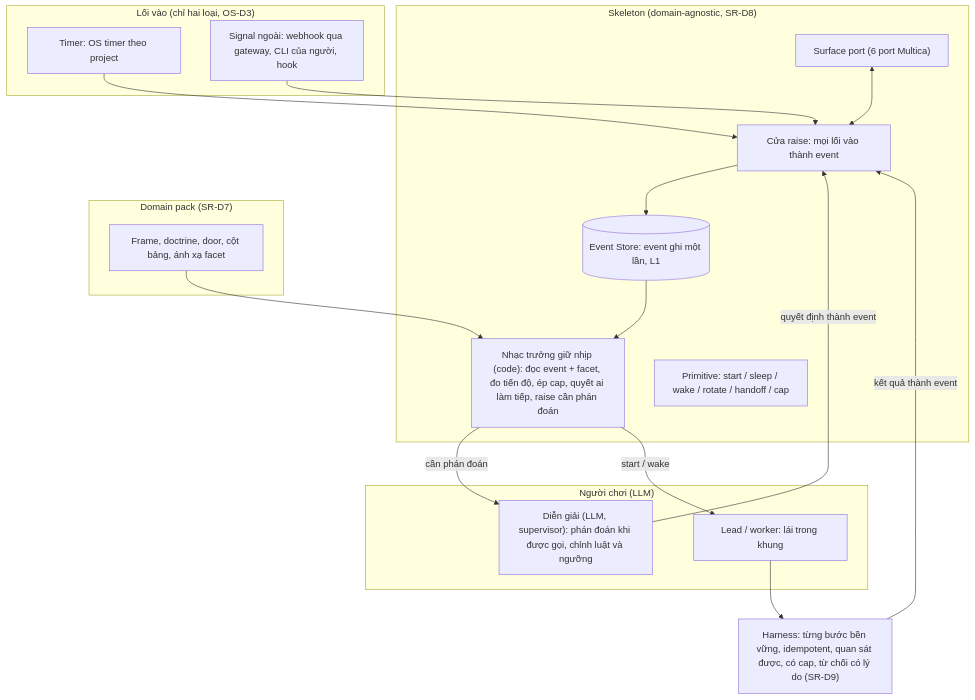
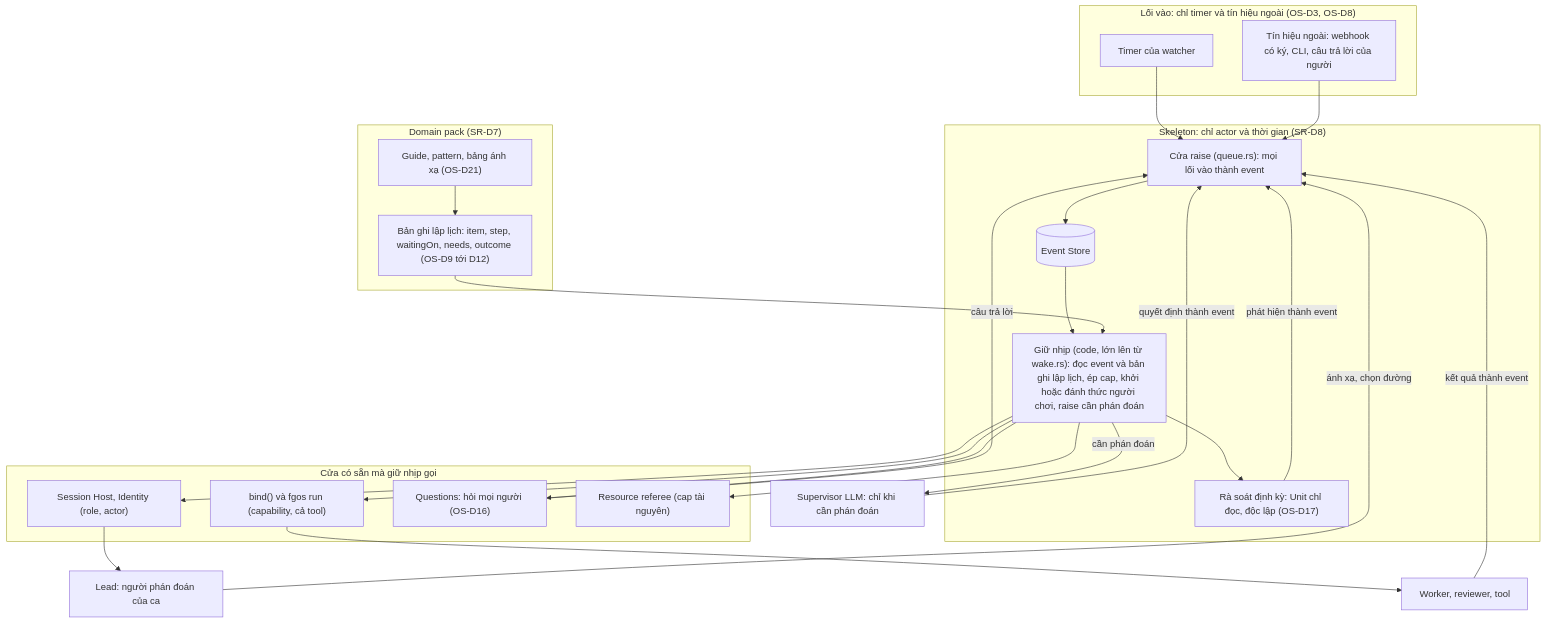
The diagram in docs/discussions/orchestration-skeleton/DISCUSSION.md (vantt/forgent), drawn with Mermaid before and after one commit. The commit also changed other lines of this file, not shown here.

Commit message:
docs(discussion): regenerate the design and task list in orchestration-skeleton

````diff
--- a/docs/discussions/orchestration-skeleton/DISCUSSION.md
+++ b/docs/discussions/orchestration-skeleton/DISCUSSION.md
@@ -484,38 +486,45 @@
 ```mermaid
 flowchart TB
-  subgraph Entry ["Lối vào (chỉ hai loại, OS-D3)"]
-    T[Timer: OS timer theo project]
-    X["Signal ngoài: webhook qua gateway, CLI của người, hook"]
+  subgraph Entry ["Lối vào: chỉ timer và tín hiệu ngoài (OS-D3, OS-D8)"]
+    T[Timer của watcher]
+    X["Tín hiệu ngoài: webhook có ký, CLI, câu trả lời của người"]
   end
 
-  subgraph Skeleton ["Skeleton (domain-agnostic, SR-D8)"]
-    R["Cửa raise: mọi lối vào thành event"]
-    ES[(Event Store: event ghi một lần, L1)]
-    C["Nhạc trưởng giữ nhịp (code): đọc event + facet, đo tiến độ, ép cap, quyết ai làm tiếp, raise cần phán đoán"]
-    P["Primitive: start / sleep / wake / rotate / handoff / cap"]
-    SP["Surface port (6 port Multica)"]
+  subgraph Skeleton ["Skeleton: chỉ actor và thời gian (SR-D8)"]
+    R["Cửa raise (queue.rs): mọi lối vào thành event"]
+    ES[(Event Store)]
+    K["Giữ nhịp (code, lớn lên từ wake.rs): đọc event và bản ghi lập lịch, ép cap, khởi hoặc đánh thức người chơi, raise cần phán đoán"]
+    RV["Rà soát định kỳ: Unit chỉ đọc, độc lập (OS-D17)"]
   end
 
   subgraph Domain ["Domain pack (SR-D7)"]
-    DP["Frame, doctrine, door, cột bảng, ánh xạ facet"]
+    G["Guide, pattern, bảng ánh xạ (OS-D21)"]
+    SR["Bản ghi lập lịch: item, step, waitingOn, needs, outcome (OS-D9 tới D12)"]
   end
 
-  subgraph Players ["Người chơi (LLM)"]
-    SV["Diễn giải (LLM, supervisor): phán đoán khi được gọi, chỉnh luật và ngưỡng"]
-    LD[Lead / worker: lái trong khung]
+  subgraph Doors ["Cửa có sẵn mà giữ nhịp gọi"]
+    SH["Session Host, Identity (role, actor)"]
+    B["bind() và fgos run (capability, cả tool)"]
+    Q["Questions: hỏi mọi người (OS-D16)"]
+    RR["Resource referee (cap tài nguyên)"]
   end
 
-  H["Harness: từng bước bền vững, idempotent, quan sát được, có cap, từ chối có lý do (SR-D9)"]
+  SV["Supervisor LLM: chỉ khi cần phán đoán"]
+  LD["Lead: người phán đoán của ca"]
+  W["Worker, reviewer, tool"]
 
   T --> R
   X --> R
-  SP <--> R
-  R --> ES
-  ES --> C
-  DP --> C
-  C -->|cần phán đoán| SV
-  C -->|start / wake| LD
+  R --> ES --> K
+  G --> SR --> K
+  K --> SH & B & Q & RR
+  SH --> LD
+  B --> W
+  K -->|cần phán đoán| SV
   SV -->|quyết định thành event| R
-  LD --> H
-  H -->|kết quả thành event| R
+  LD -->|ánh xạ, chọn đường| R
+  W -->|kết quả thành event| R
+  Q -->|câu trả lời| R
+  K --> RV
+  RV -->|phát hiện thành event| R
 ```
````
